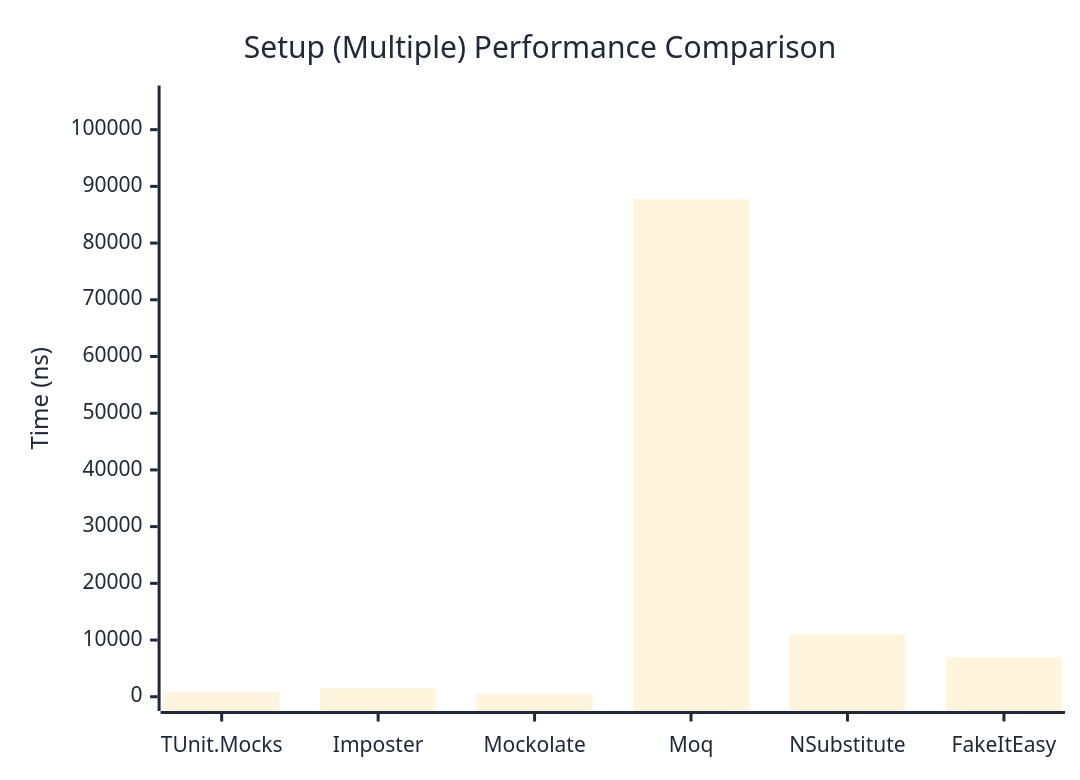
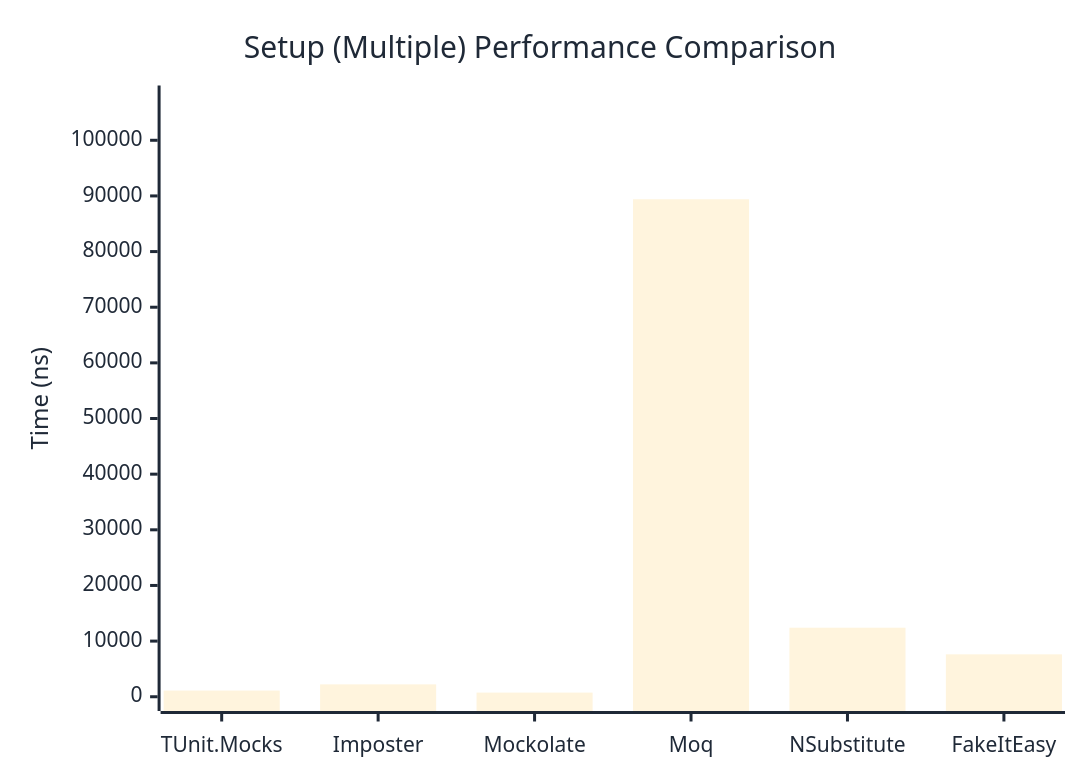
One commit to thomhurst/TUnit changed the second of 2 diagrams in docs/docs/benchmarks/mocks/Setup.md. Above: the diagram before and after it, drawn with Mermaid. The commit also changed other lines of this file and 14 other files, not shown here.

````diff
--- a/docs/docs/benchmarks/mocks/Setup.md
+++ b/docs/docs/benchmarks/mocks/Setup.md
@@ -71,27 +71,27 @@
 ```mermaid
 %%{init: {
   'theme':'base',
   'themeVariables': {
     'primaryColor': '#2563eb',
     'primaryTextColor': '#1f2937',
     'primaryBorderColor': '#1e40af',
     'lineColor': '#6b7280',
     'secondaryColor': '#7c3aed',
     'tertiaryColor': '#dc2626',
     'background': '#ffffff',
     'pie1': '#2563eb',
     'pie2': '#7c3aed',
     'pie3': '#dc2626',
     'pie4': '#f59e0b',
     'pie5': '#10b981',
     'pie6': '#06b6d4',
     'pie7': '#ec4899',
     'pie8': '#6366f1'
   }
 }}%%
 xychart-beta
   title "Setup (Multiple) Performance Comparison"
   x-axis ["TUnit.Mocks", "Imposter", "Mockolate", "Moq", "NSubstitute", "FakeItEasy"]
-  y-axis "Time (ns)" 0 --> 105275
-  bar [816.2, 1488, 601.4, 87728.6, 11004.1, 6985.1]
+  y-axis "Time (ns)" 0 --> 107284
+  bar [1109.8, 2225, 747.3, 89402.7, 12407.3, 7620.5]
 ```
````
